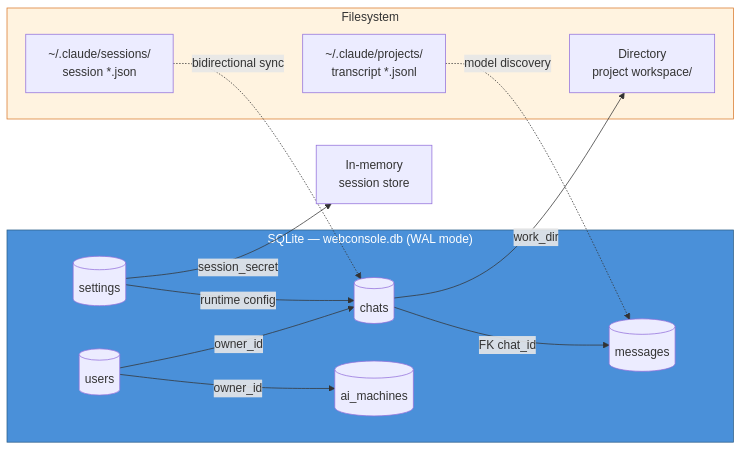
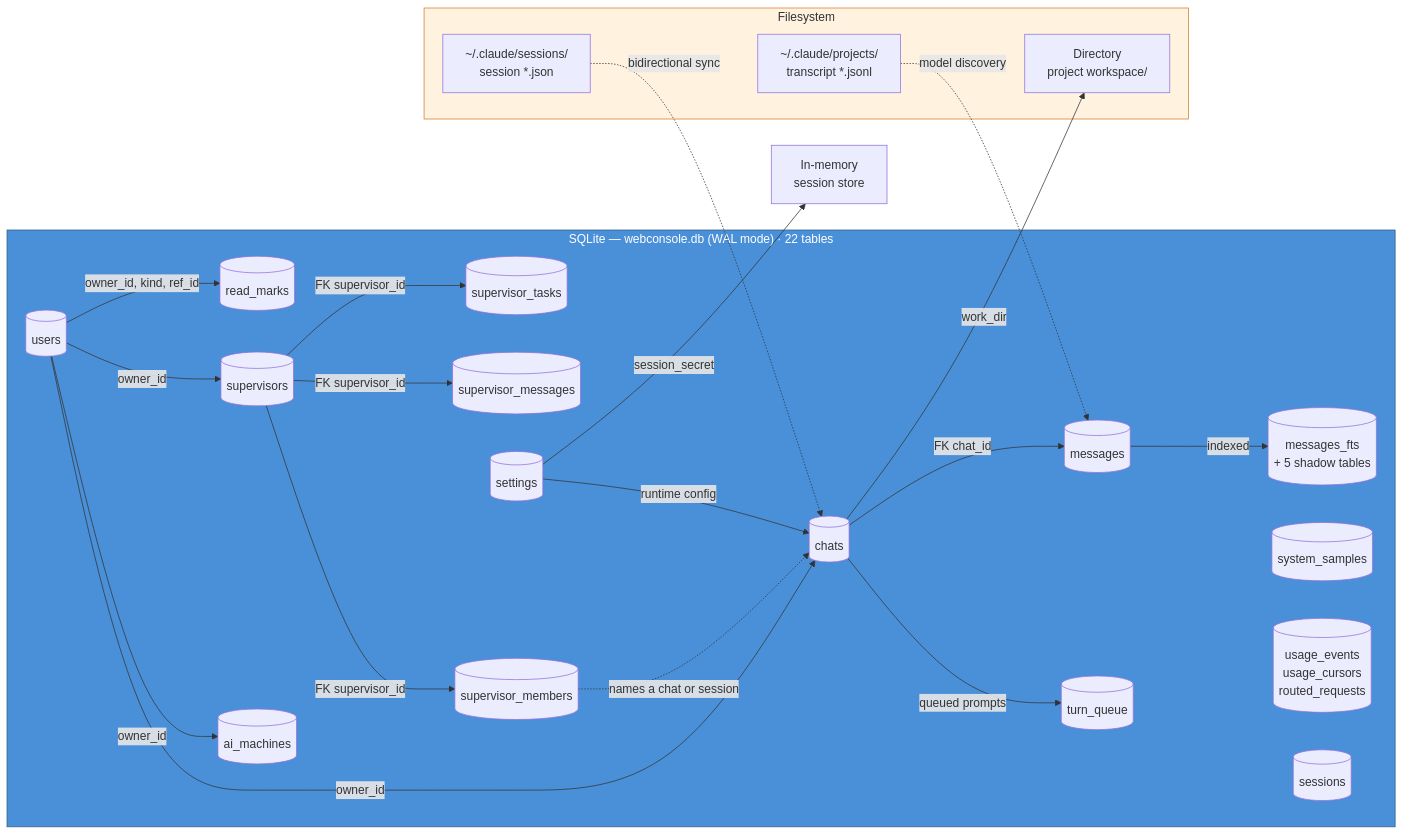
One commit to tarrinho/claude_code_webclient changed the fourth of 13 diagrams in ARCHITECTURE.md. Above: the diagram before and after it, drawn with Mermaid. The commit also changed other lines of this file and 6 other files, not shown here.

````diff
--- a/ARCHITECTURE.md
+++ b/ARCHITECTURE.md
@@ -186,30 +186,48 @@
 ```mermaid
 graph LR
-    subgraph SQLite["SQLite — webconsole.db (WAL mode)"]
+    subgraph SQLite["SQLite — webconsole.db (WAL mode) · 22 tables"]
+        Users[(users)]
         Chats[(chats)]
         Messages[(messages)]
-        Users[(users)]
+        FTS[(messages_fts\n+ 5 shadow tables)]
+        Marks[(read_marks)]
+        Queue[(turn_queue)]
+        Sups[(supervisors)]
+        Tasks[(supervisor_tasks)]
+        SupMsg[(supervisor_messages)]
+        SupMem[(supervisor_members)]
+        Samples[(system_samples)]
+        Usage[(usage_events\nusage_cursors\nrouted_requests)]
         Settings[(settings)]
         Machines[(ai_machines)]
+        Sess[(sessions)]
     end
 
     Chats -->|FK chat_id| Messages
+    Messages -->|indexed| FTS
     Users -->|owner_id| Chats
     Users -->|owner_id| Machines
+    Users -->|owner_id| Sups
+    Users -->|owner_id, kind, ref_id| Marks
+    Chats -->|queued prompts| Queue
+    Sups -->|FK supervisor_id| Tasks
+    Sups -->|FK supervisor_id| SupMsg
+    Sups -->|FK supervisor_id| SupMem
+    SupMem -.->|names a chat or session| Chats
     Settings -->|runtime config| Chats
 
     Chats -->|work_dir| FS_Dir[Directory\nproject workspace/]
     Settings -->|session_secret| Crypto[In-memory\nsession store]
 
     subgraph FS["Filesystem"]
         FS_Dir
         Sessions[~/.claude/sessions/\nsession *.json]
         Projects[~/.claude/projects/\ntranscript *.jsonl]
     end
 
     Sessions -.->|bidirectional sync| Chats
     Projects -.->|model discovery| Messages
 
     style SQLite fill:#4A90D9,stroke:#2C5F8A,color:#fff
     style FS fill:#FFF3E0,stroke:#D97A2C
 ```
````
